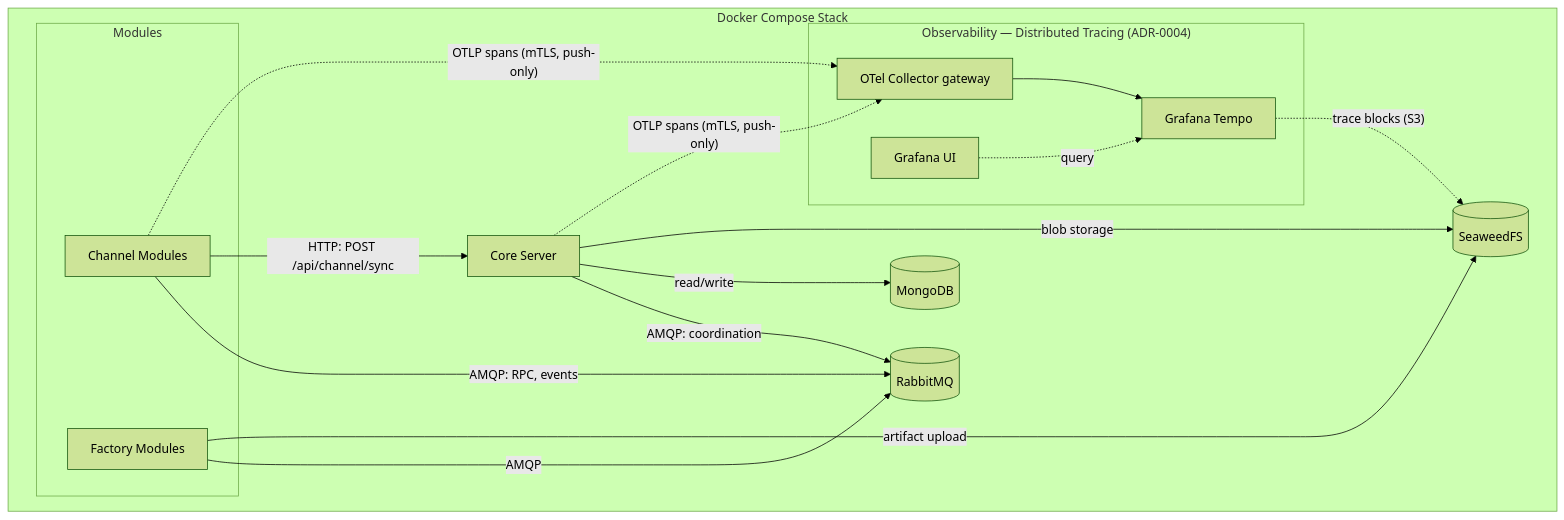
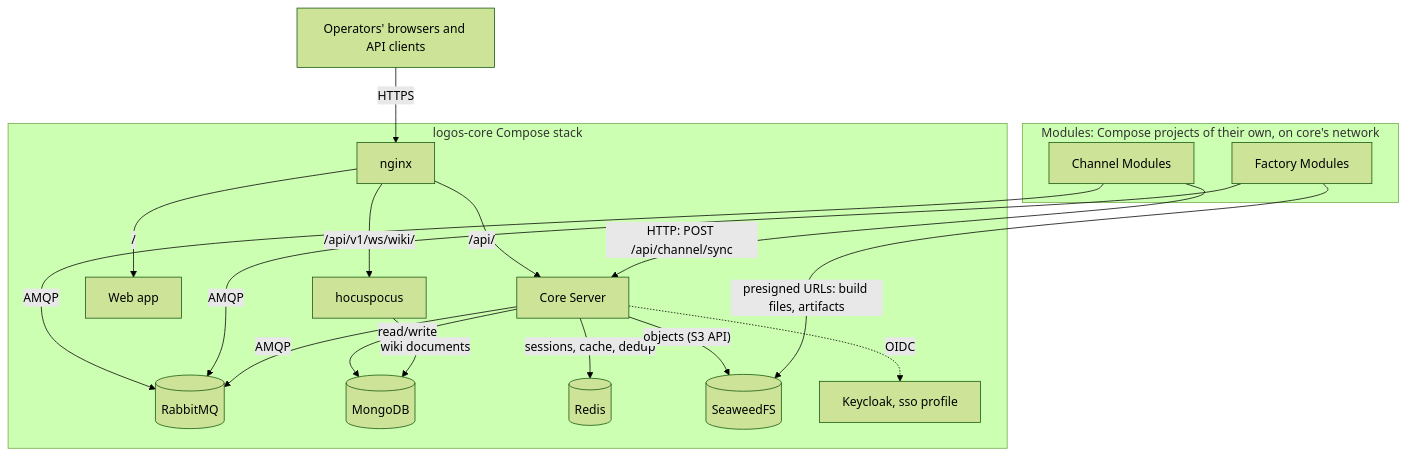
The diagram in src/content/docs/core-infrastructure.md (LogosCore/logos-docs), drawn with Mermaid (forest theme) before and after one commit. The commit also changed other lines of this file and 5 other files, not shown here.

````diff
--- a/src/content/docs/core-infrastructure.md
+++ b/src/content/docs/core-infrastructure.md
@@ -11,36 +11,38 @@
 ```mermaid
 graph TD
-    subgraph compose["Docker Compose Stack"]
+    OP[Operators' browsers and API clients]
+
+    subgraph compose["logos-core Compose stack"]
+        NGX[nginx]
         CS[Core Server]
+        WEB[Web app]
+        HP[hocuspocus]
         RMQ[(RabbitMQ)]
         DB[(MongoDB)]
+        RDS[(Redis)]
         SFS[(SeaweedFS)]
-
-        subgraph modules["Modules"]
-            CH[Channel Modules]
-            IP[Factory Modules]
-        end
-
-        subgraph obs["Observability — Distributed Tracing (ADR-0004)"]
-            COL[OTel Collector gateway]
-            TEMPO[Grafana Tempo]
-            GRAF[Grafana UI]
-        end
+        KC[Keycloak, sso profile]
     end
 
-    CH -- "AMQP: RPC, events" --> RMQ
-    IP -- "AMQP" --> RMQ
-    CS -- "AMQP: coordination" --> RMQ
+    subgraph modules["Modules: Compose projects of their own, on core's network"]
+        CH[Channel Modules]
+        IP[Factory Modules]
+    end
+
+    OP -- "HTTPS" --> NGX
+    NGX -- "/api/" --> CS
+    NGX -- "/api/v1/ws/wiki/" --> HP
+    NGX -- "/" --> WEB
+    CS -. "OIDC" .-> KC
 
     CH -- "HTTP: POST /api/channel/sync" --> CS
+    CH -- "AMQP" --> RMQ
+    IP -- "AMQP" --> RMQ
+    CS -- "AMQP" --> RMQ
 
     CS -- "read/write" --> DB
-    CS -- "blob storage" --> SFS
-    IP -- "artifact upload" --> SFS
-
-    CH -. "OTLP spans (mTLS, push-only)" .-> COL
-    CS -. "OTLP spans (mTLS, push-only)" .-> COL
-    COL --> TEMPO
-    TEMPO -. "trace blocks (S3)" .-> SFS
-    GRAF -. "query" .-> TEMPO
+    HP -- "wiki documents" --> DB
+    CS -- "sessions, cache, dedup" --> RDS
+    CS -- "objects (S3 API)" --> SFS
+    IP -- "presigned URLs: build files, artifacts" --> SFS
 ```
````
